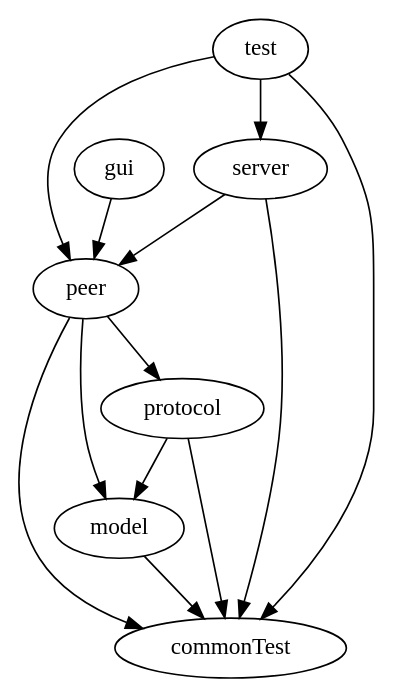
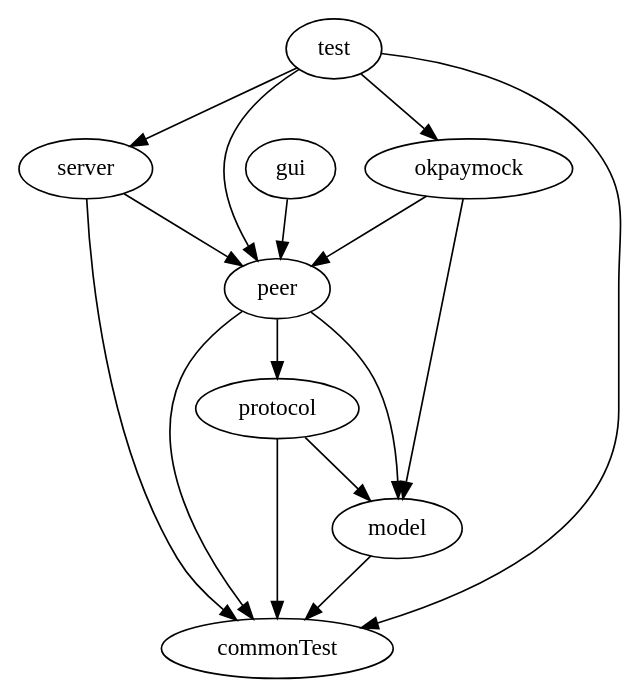
Before and after one commit to Gutalean/coinffeine: the diagram in doc/graphviz/modules.dot, drawn with Graphviz. The commit also changed 2 other files, not shown here.

Commit message:
Add Okpaymock module

```diff
--- a/doc/graphviz/modules.dot
+++ b/doc/graphviz/modules.dot
@@ -1,8 +1,9 @@
 digraph {
     server -> peer, commonTest;
     peer -> model, protocol, commonTest;
     protocol -> model, commonTest;
     model -> commonTest;
     gui -> peer;
-    test -> peer, server, commonTest;
+    test -> peer, server, commonTest, okpaymock;
+    okpaymock -> model, peer;
 }
```
